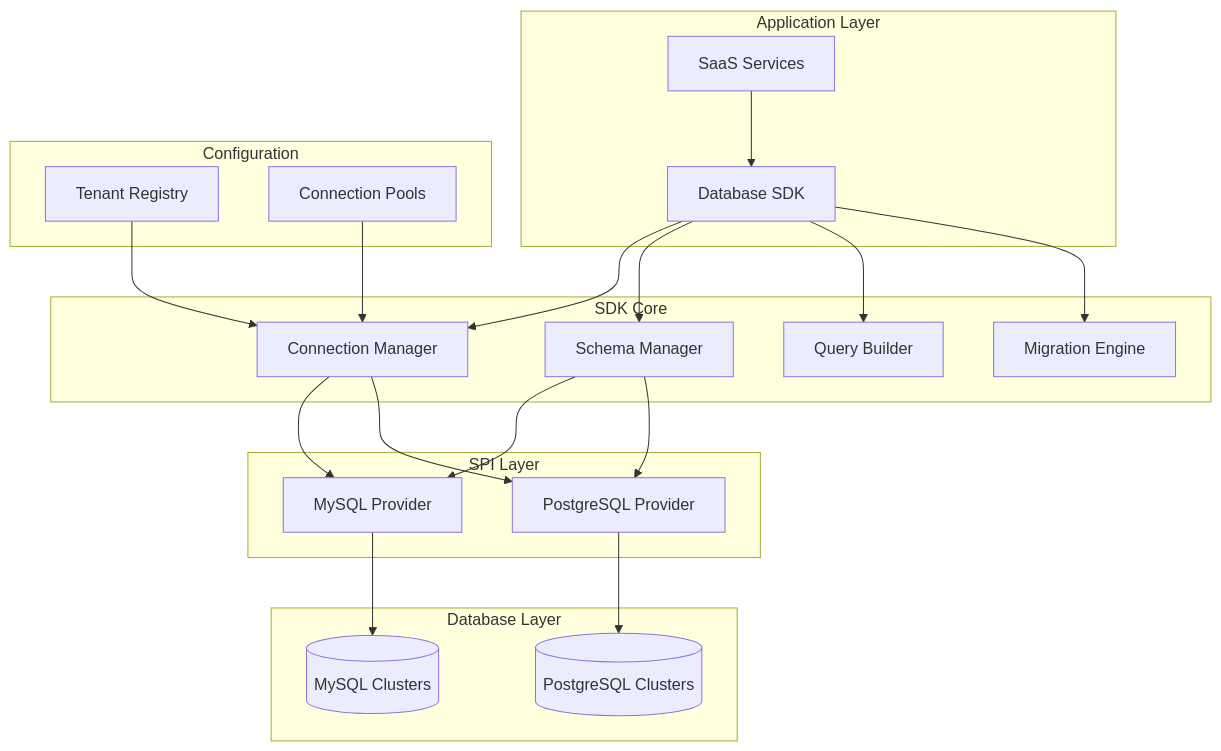
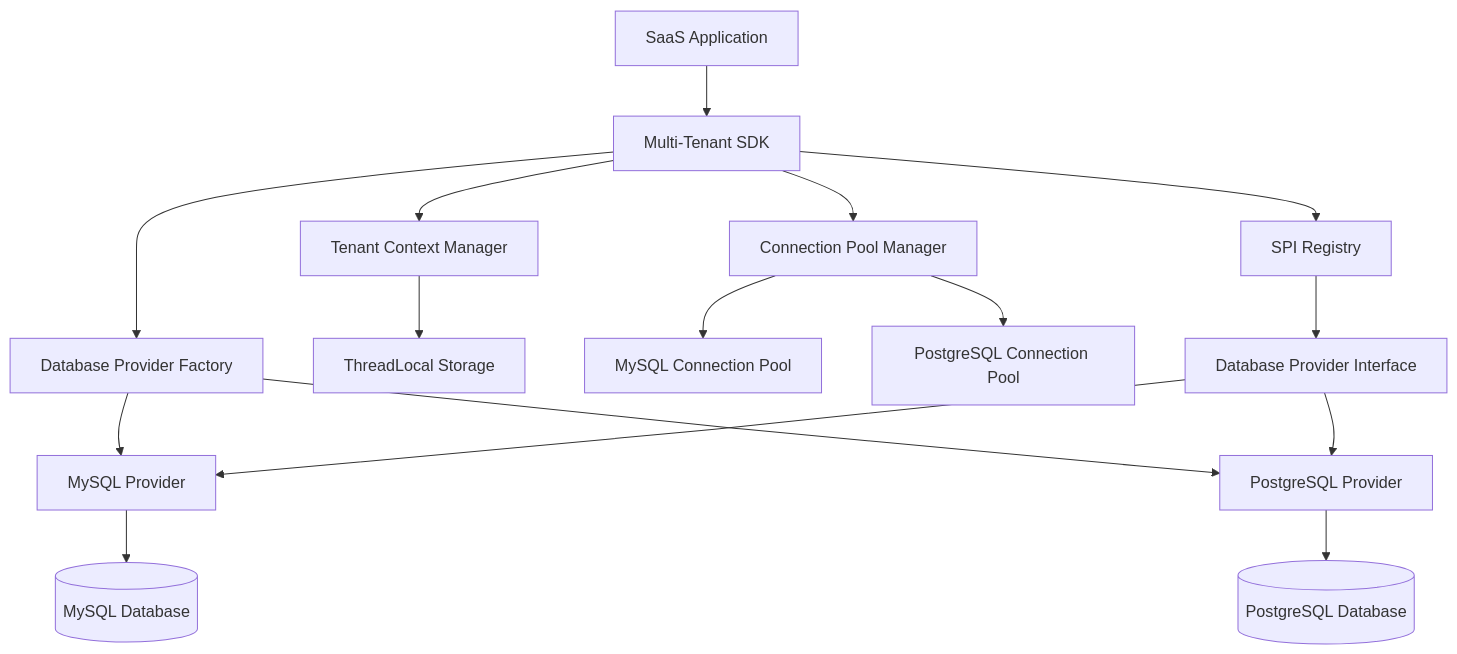
One commit to shayne007/blog changed the first of 2 diagrams in source/_posts/Design-Multi-Tenant-Database-SDK.md. Above: the diagram before and after it, drawn with Mermaid. The commit also changed other lines of this file, not shown here.

Commit message:
update universal mq sdk

```diff
--- a/source/_posts/Design-Multi-Tenant-Database-SDK.md
+++ b/source/_posts/Design-Multi-Tenant-Database-SDK.md
@@ -26,29 +14,21 @@
 {% mermaid graph TB %}
-    subgraph "Application Layer"
-        A[SaaS Services] --> B[Database SDK]
-    end
+    A[SaaS Application] --> B[Multi-Tenant SDK]
+    B --> C[Tenant Context Manager]
+    B --> D[Connection Pool Manager]
+    B --> E[Database Provider Factory]
     
-    subgraph "SDK Core"
-        B --> C[Connection Manager]
-        B --> D[Schema Manager]
-        B --> E[Query Builder]
-        B --> F[Migration Engine]
-    end
+    C --> F[ThreadLocal Storage]
+    D --> G[MySQL Connection Pool]
+    D --> H[PostgreSQL Connection Pool]
     
-    subgraph "SPI Layer"
-        C --> G[MySQL Provider]
-        C --> H[PostgreSQL Provider]
-        D --> G
-        D --> H
-    end
+    E --> I[MySQL Provider]
+    E --> J[PostgreSQL Provider]
     
-    subgraph "Database Layer"
-        G --> I[(MySQL Clusters)]
-        H --> J[(PostgreSQL Clusters)]
-    end
+    I --> K[(MySQL Database)]
+    J --> L[(PostgreSQL Database)]
     
-    subgraph "Configuration"
-        K[Tenant Registry] --> C
-        L[Connection Pools] --> C
-    end
+    B --> M[SPI Registry]
+    M --> N[Database Provider Interface]
+    N --> I
+    N --> J
 {% endmermaid %}
```
